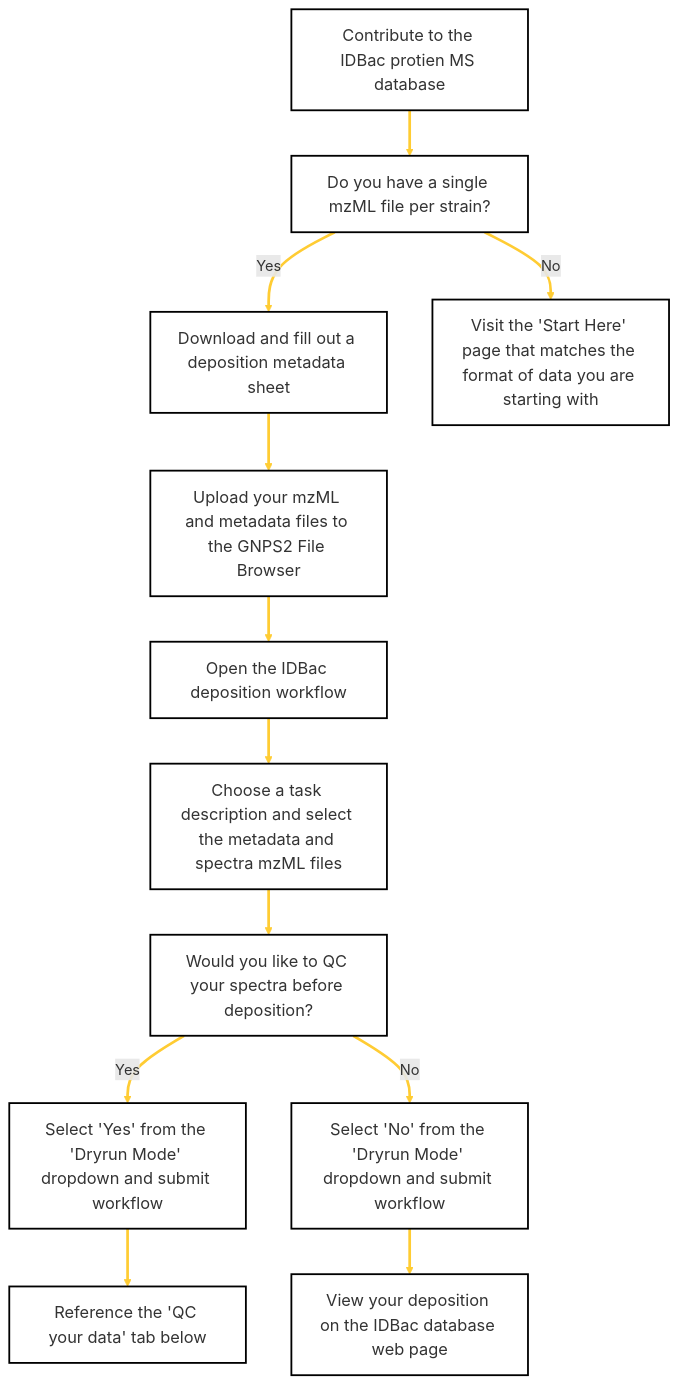
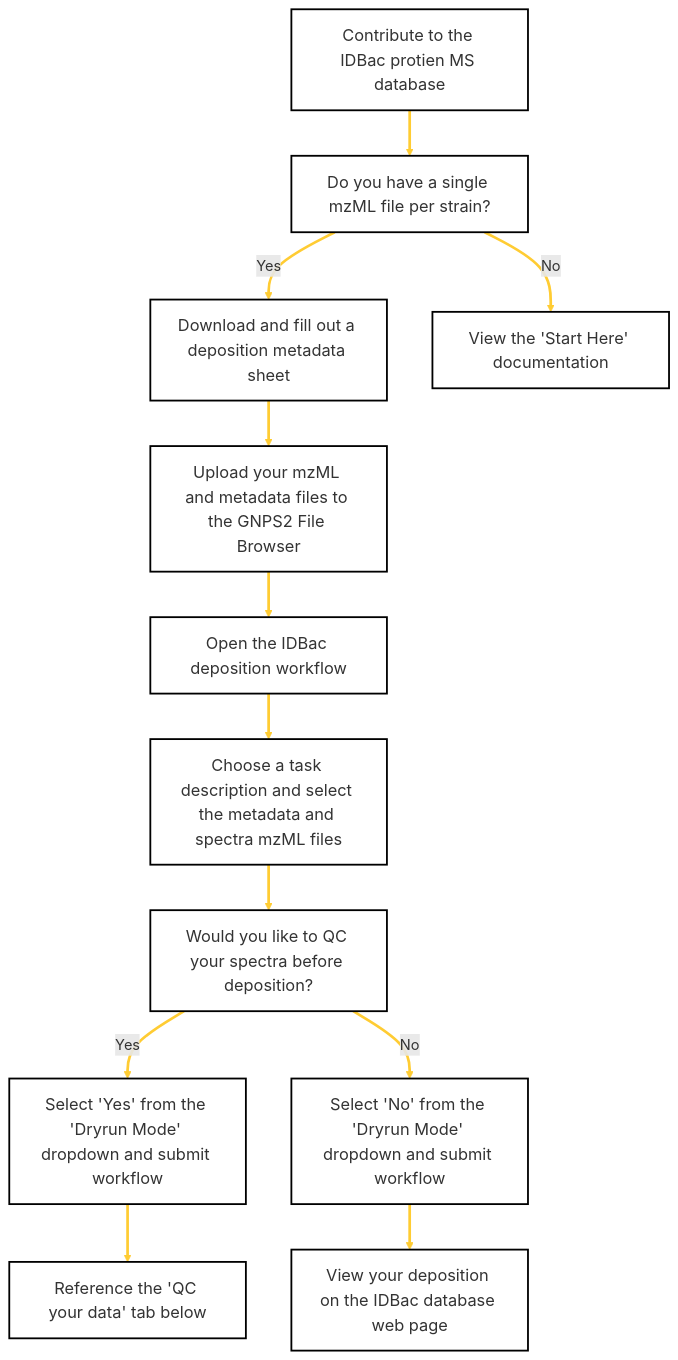
Before and after one commit to Wang-Bioinformatics-Lab/GNPS2_Documentation: the diagram in docs/idbacdepositions.md, drawn with Mermaid.

````diff
--- a/docs/idbacdepositions.md
+++ b/docs/idbacdepositions.md
@@ -11,51 +11,51 @@
 ```mermaid
 flowchart TD
     A[Contribute to the IDBac protien MS database] --> B[Do you have a single mzML file per strain?]
     B -->|Yes| C[Download and fill out a deposition metadata sheet]
-    B -->|No| D[Visit the 'Start Here' page that matches the format of data you are starting with]
+    B -->|No| D[View the 'Start Here' documentation]
     C --> E[Upload your mzML and metadata files to the GNPS2 File Browser]
     E --> F[Open the IDBac deposition workflow]
     F --> G[Choose a task description and select the metadata and spectra mzML files]
     G --> H[Would you like to QC your spectra before deposition?]
     H --> |Yes| I[Select 'Yes' from the 'Dryrun Mode' dropdown and submit workflow]
     H --> |No| J[Select 'No' from the 'Dryrun Mode' dropdown and submit workflow]
     J --> K[View your deposition on the IDBac database web page]
     I --> L[Reference the 'QC your data' tab below]
    
     
     click C href "https://docs.google.com/spreadsheets/d/1yKsZ2FEw8-cWufvY8l31Ju8NTKujmEtb/edit?usp=sharing&ouid=102573514213912402103&rtpof=true&sd=true"
     click E href "https://gnps2.org/homepage"
     click F href "https://gnps2.org/workflowinput?workflowname=idbacdeposition_workflow"
     click K href "https://idbac.org/database"
 
 
  %% Styling
     style A fill:#FFFFFF,stroke:#000000,stroke-width:2px,font-size:18px
     style B fill:#FFFFFF,stroke:#000000,stroke-width:2px,font-size:18px
     style C fill:#FFFFFF,stroke:#000000,stroke-width:2px,font-size:18px
     style D fill:#FFFFFF,stroke:#000000,stroke-width:2px,font-size:18px
     style E fill:#FFFFFF,stroke:#000000,stroke-width:2px,font-size:18px
     style F fill:#FFFFFF,stroke:#000000,stroke-width:2px,font-size:18px
     style G fill:#FFFFFF,stroke:#000000,stroke-width:2px,font-size:18px
     style H fill:#FFFFFF,stroke:#000000,stroke-width:2px,font-size:18px
     style I fill:#FFFFFF,stroke:#000000,stroke-width:2px,font-size:18px
     style J fill:#FFFFFF,stroke:#000000,stroke-width:2px,font-size:18px
     style K fill:#FFFFFF,stroke:#000000,stroke-width:2px,font-size:18px
     style L fill:#FFFFFF,stroke:#000000,stroke-width:2px,font-size:18px 
 
 %% Link Styling
     linkStyle 0 stroke:#ffcc33,stroke-width:3px
     linkStyle 1 stroke:#ffcc33,stroke-width:3px
     linkStyle 2 stroke:#ffcc33,stroke-width:3px
     linkStyle 3 stroke:#ffcc33,stroke-width:3px
     linkStyle 4 stroke:#ffcc33,stroke-width:3px
     linkStyle 5 stroke:#ffcc33,stroke-width:3px
     linkStyle 6 stroke:#ffcc33,stroke-width:3px
     linkStyle 7 stroke:#ffcc33,stroke-width:3px
     linkStyle 8 stroke:#ffcc33,stroke-width:3px
     linkStyle 9 stroke:#ffcc33,stroke-width:3px
     linkStyle 10 stroke:#ffcc33,stroke-width:3px
     
    
 
 ```
````
